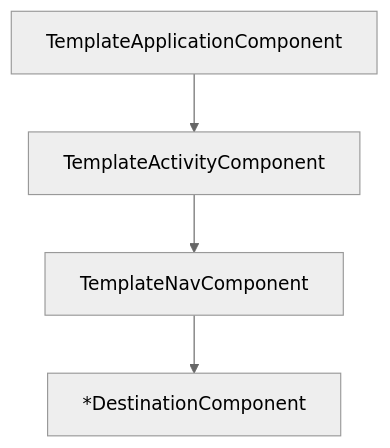
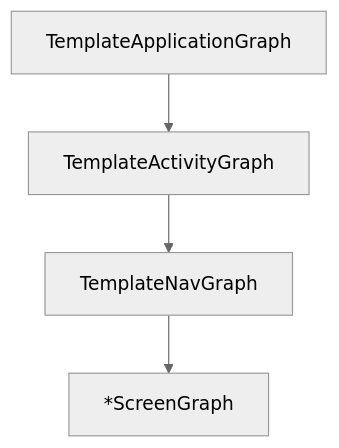
One commit to eygraber/jellyfin-kmp changed the diagram in .docs/DI.md. Above: the diagram before and after it, drawn with Mermaid (neutral theme). The commit also changed other lines of this file and 63 other files, not shown here.

````diff
--- a/.docs/DI.md
+++ b/.docs/DI.md
@@ -20,4 +28,4 @@
 ```mermaid
 graph TD;
-    TemplateApplicationComponent-->TemplateActivityComponent-->TemplateNavComponent-->*DestinationComponent
+    TemplateApplicationGraph-->TemplateActivityGraph-->TemplateNavGraph-->*ScreenGraph
 ```
````
